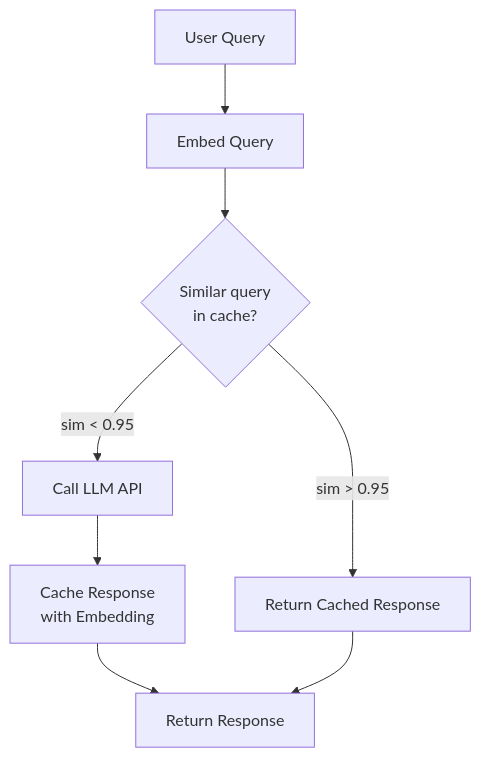
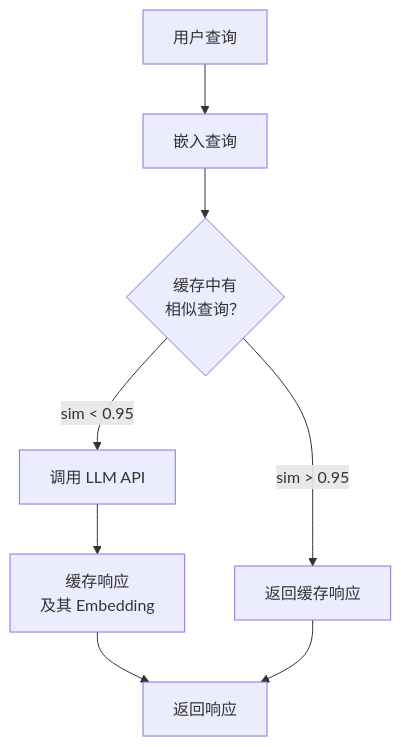
The second of 3 diagrams in phases/11-llm-engineering/11-caching-cost/docs/zh.md (alessandrodinisio-ai/ai-engineering-learning-framework), drawn with Mermaid before and after one commit. The commit also changed other lines of this file and 120 other files, not shown here.

First line of the commit message:
i18n(mermaid): 337 个 mermaid 图表标签中文化

````diff
--- a/phases/11-llm-engineering/11-caching-cost/docs/zh.md
+++ b/phases/11-llm-engineering/11-caching-cost/docs/zh.md
@@ -83,10 +83,10 @@
 ```mermaid
 flowchart TD
-    A[User Query] --> B[Embed Query]
-    B --> C{Similar query<br/>in cache?}
-    C -->|sim > 0.95| D[Return Cached Response]
-    C -->|sim < 0.95| E[Call LLM API]
-    E --> F[Cache Response<br/>with Embedding]
-    F --> G[Return Response]
+    A[用户查询] --> B[嵌入查询]
+    B --> C{缓存中有<br/>相似查询？}
+    C -->|sim > 0.95| D[返回缓存响应]
+    C -->|sim < 0.95| E[调用 LLM API]
+    E --> F[缓存响应<br/>及其 Embedding]
+    F --> G[返回响应]
     D --> G
 ```
````
